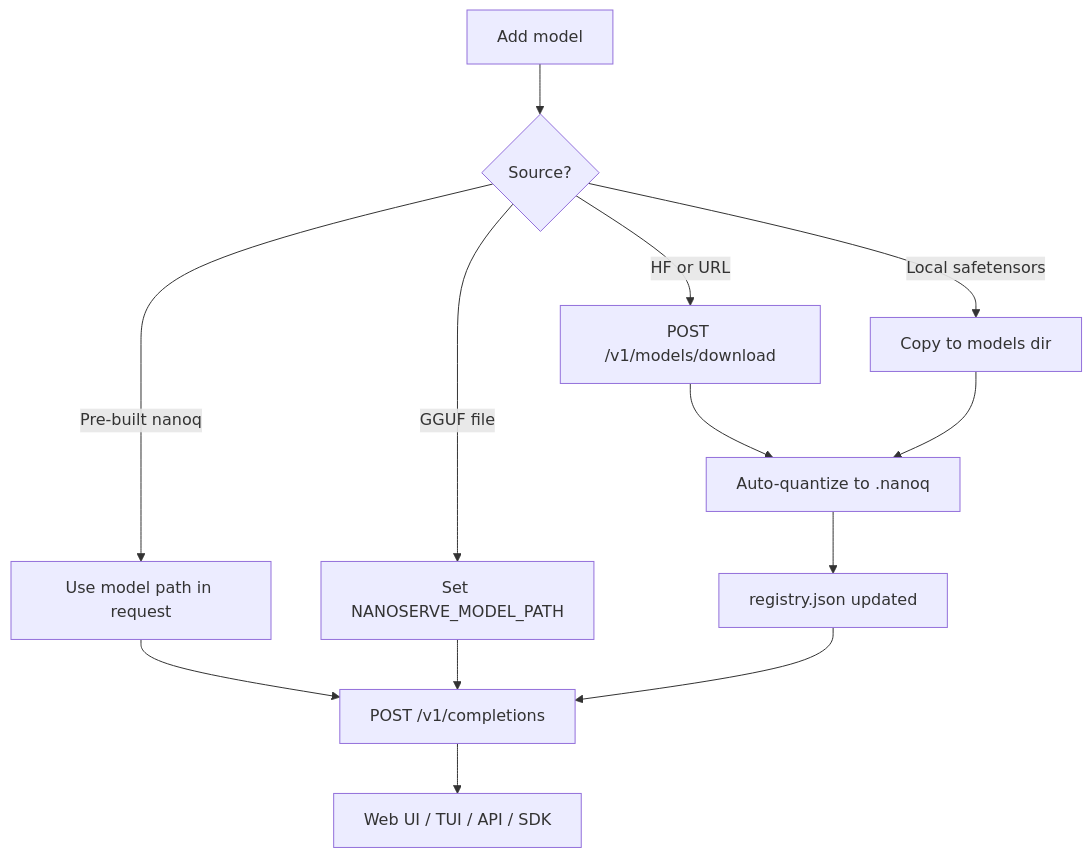
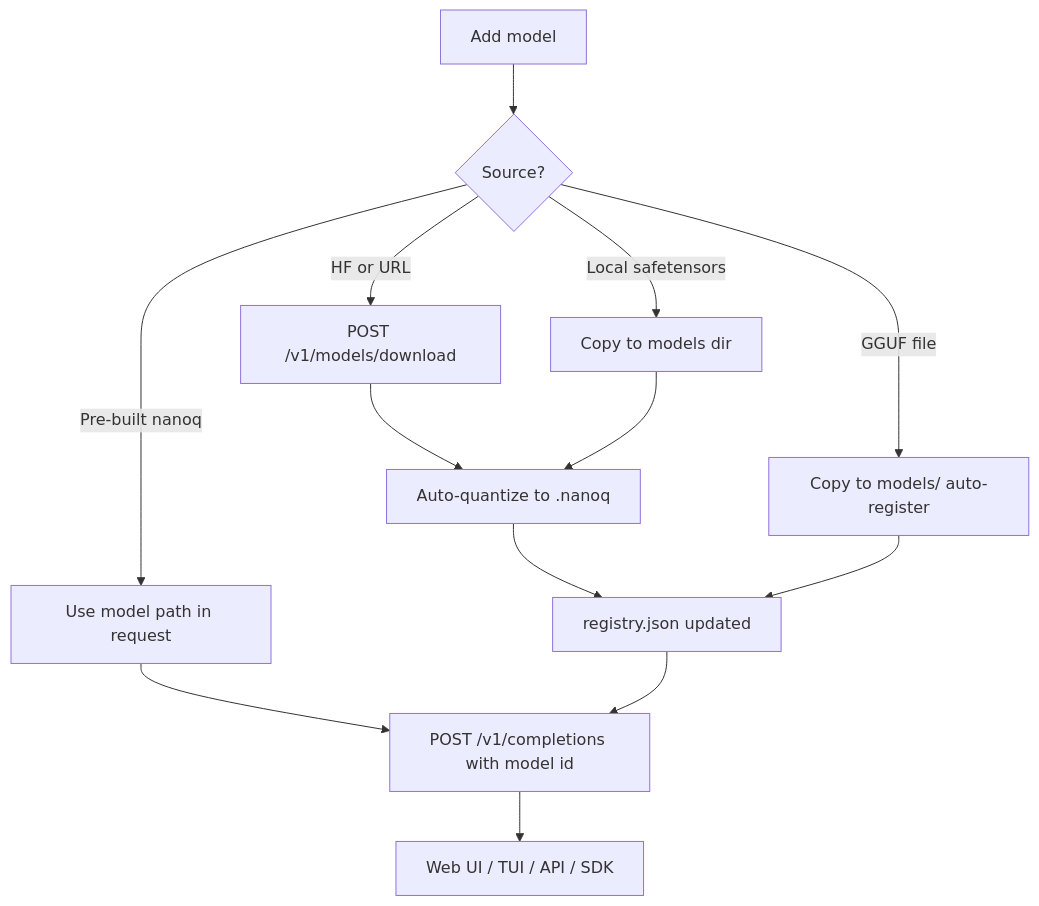
Before and after one commit to Team-Auralis-Labs/NanoServe: the diagram in documentation/How-to-add-models-doc.md, drawn with Mermaid. The commit also changed other lines of this file and 8 other files, not shown here.

````diff
--- a/documentation/How-to-add-models-doc.md
+++ b/documentation/How-to-add-models-doc.md
@@ -373,15 +374,15 @@
 ```mermaid
 flowchart TD
   start[Add model] --> source{Source?}
   source -->|HF or URL| dl[POST /v1/models/download]
   source -->|Local safetensors| copy[Copy to models dir]
   source -->|Pre-built nanoq| path[Use model path in request]
-  source -->|GGUF file| gguf[Set NANOSERVE_MODEL_PATH]
+  source -->|GGUF file| gguf[Copy to models/ auto-register]
   dl --> quantize[Auto-quantize to .nanoq]
   copy --> quantize
   quantize --> registry[registry.json updated]
-  path --> infer[POST /v1/completions]
-  gguf --> infer
+  gguf --> registry
+  path --> infer[POST /v1/completions with model id]
   registry --> infer
   infer --> ui[Web UI / TUI / API / SDK]
 ```
````
